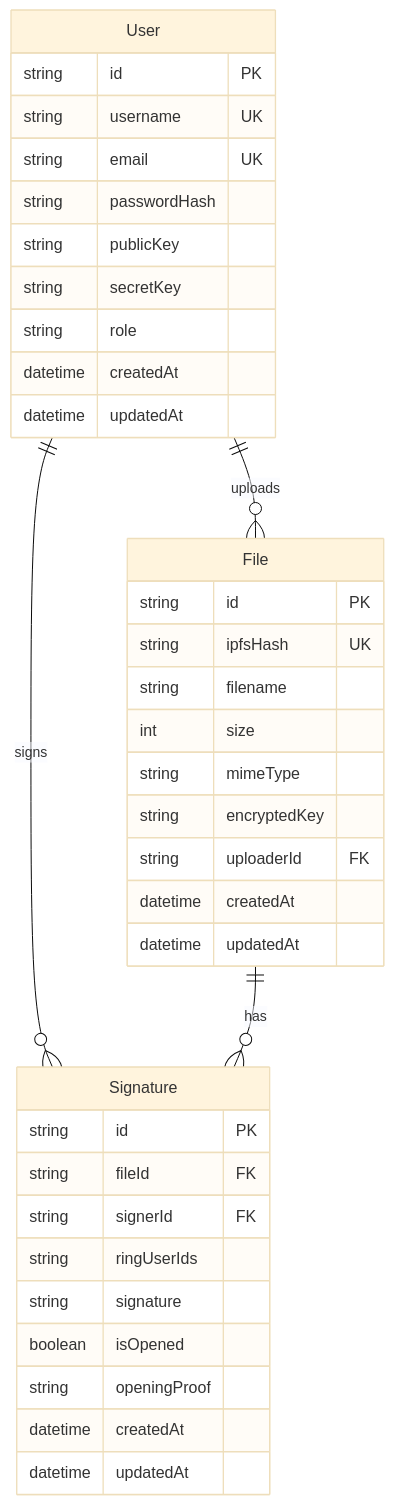
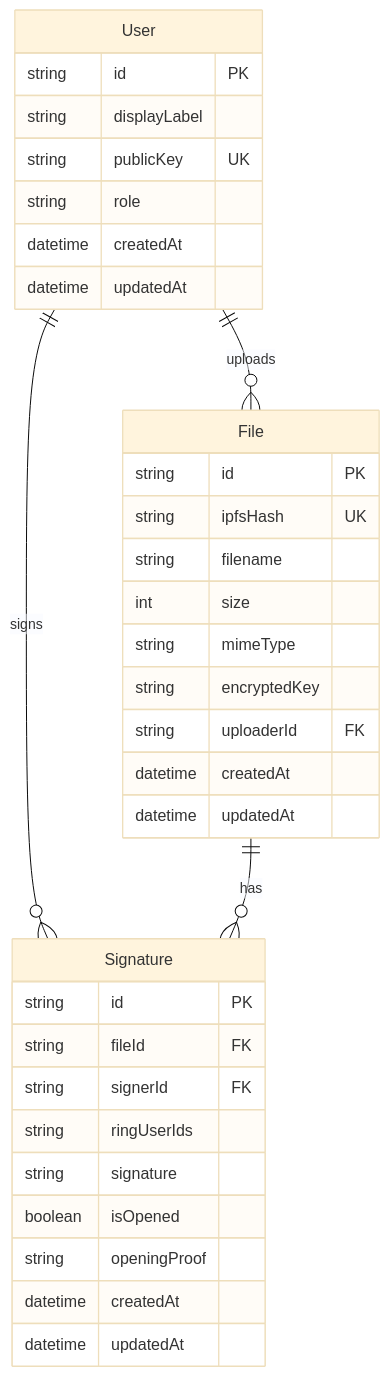
Diagram 19 of 27 in SYSTEM_ARCHITECTURE.md (nguyenphuc22/ipfs-sandbox), drawn with Mermaid (base theme) before and after one commit. The commit also changed other lines of this file and 48 other files, not shown here.

Commit message:
Add initialization screen for AOT identity setup; implement display name input and secure key generation flow. Update AppWithIPFS to integrate identity management and enhance user experience with identity display.

````diff
--- a/SYSTEM_ARCHITECTURE.md
+++ b/SYSTEM_ARCHITECTURE.md
@@ -672,42 +674,39 @@
 ```mermaid
 erDiagram
     User {
         string id PK
-        string username UK
-        string email UK  
-        string passwordHash
-        string publicKey
-        string secretKey
+        string displayLabel
+        string publicKey UK
         string role
         datetime createdAt
         datetime updatedAt
     }
 
     File {
         string id PK
         string ipfsHash UK
         string filename
         int size
         string mimeType
         string encryptedKey
         string uploaderId FK
         datetime createdAt
         datetime updatedAt
     }
 
     Signature {
         string id PK
         string fileId FK
         string signerId FK
         string ringUserIds
         string signature
         boolean isOpened
         string openingProof
         datetime createdAt
         datetime updatedAt
     }
 
     User ||--o{ File : "uploads"
     User ||--o{ Signature : "signs"
     File ||--o{ Signature : "has"
 ```
````
